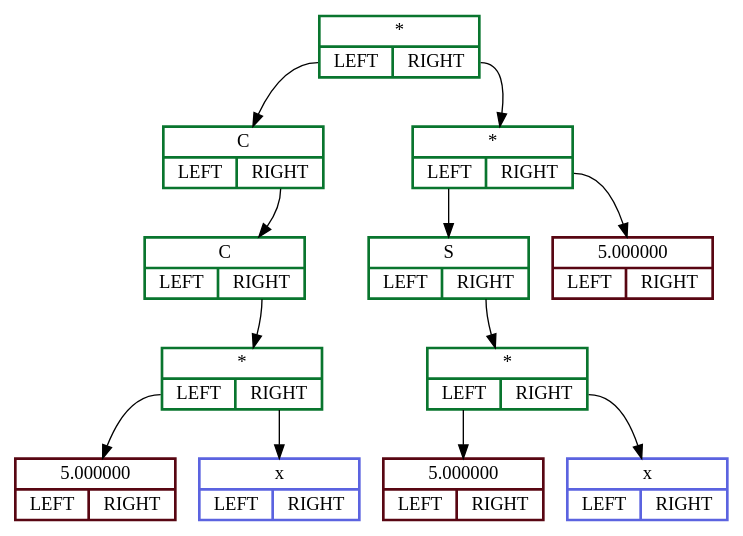
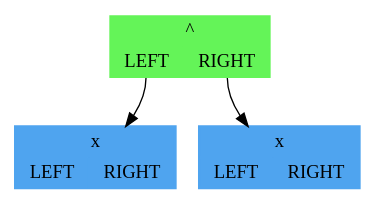
One commit to MalishTulen/DIFFIRER changed the diagram in dot_file.dot. Above: the diagram before and after it, drawn with Graphviz. The commit also changed 13 other files, not shown here.

```diff
--- a/dot_file.dot
+++ b/dot_file.dot
@@ -1,26 +1,8 @@
 digraph data{
 rankdir = TB;
-node00000210e15e6090[ shape = record,style = bold, color = "#09752e", label = " { <f2> * | { <f3> LEFT | <f4> RIGHT } } "];
-node00000210e15e60b0[ shape = record,style = bold, color = "#09752e", label = " { <f2> C | { <f3> LEFT | <f4> RIGHT } } "];
-node00000210e15e60d0[ shape = record,style = bold, color = "#09752e", label = " { <f2> C | { <f3> LEFT | <f4> RIGHT } } "];
-node00000210e15e60f0[ shape = record,style = bold, color = "#09752e", label = " { <f2> * | { <f3> LEFT | <f4> RIGHT } } "];
-node00000210e15e6110[ shape = record, style = bold, color = "#580612", label = " { <f2> 5.000000 | { <f3> LEFT | <f4> RIGHT } } "];
-node00000210e15e6130[ shape = record,style = bold, color = "#5b63e0", penwidth = 2.0, label = " { <f2> x | { <f3> LEFT | <f4> RIGHT } } "];
-node00000210e15e6150[ shape = record,style = bold, color = "#09752e", label = " { <f2> * | { <f3> LEFT | <f4> RIGHT } } "];
-node00000210e15e61d0[ shape = record,style = bold, color = "#09752e", label = " { <f2> S | { <f3> LEFT | <f4> RIGHT } } "];
-node00000210e15e61f0[ shape = record,style = bold, color = "#09752e", label = " { <f2> * | { <f3> LEFT | <f4> RIGHT } } "];
-node00000210e15e6210[ shape = record, style = bold, color = "#580612", label = " { <f2> 5.000000 | { <f3> LEFT | <f4> RIGHT } } "];
-node00000210e15e6230[ shape = record,style = bold, color = "#5b63e0", penwidth = 2.0, label = " { <f2> x | { <f3> LEFT | <f4> RIGHT } } "];
-node00000210e15e6350[ shape = record, style = bold, color = "#580612", label = " { <f2> 5.000000 | { <f3> LEFT | <f4> RIGHT } } "];
-node00000210e15e6090:<f3>->node00000210e15e60b0
-node00000210e15e60b0:<f4>->node00000210e15e60d0
-node00000210e15e60d0:<f4>->node00000210e15e60f0
-node00000210e15e60f0:<f3>->node00000210e15e6110
-node00000210e15e60f0:<f4>->node00000210e15e6130
-node00000210e15e6090:<f4>->node00000210e15e6150
-node00000210e15e6150:<f3>->node00000210e15e61d0
-node00000210e15e61d0:<f4>->node00000210e15e61f0
-node00000210e15e61f0:<f3>->node00000210e15e6210
-node00000210e15e61f0:<f4>->node00000210e15e6230
-node00000210e15e6150:<f4>->node00000210e15e6350
+node000001aa15ff00c0[ shape = record,style = filled, color = "#64f458", label = " { <f2> ^ | { <f3> LEFT | <f4> RIGHT } } "];
+node000001aa15ff0080[ shape = record,style = filled, color = "#4fa4ef", penwidth = 2.0, label = " { <f2> x | { <f3> LEFT | <f4> RIGHT } } "];
+node000001aa15ff00a0[ shape = record,style = filled, color = "#4fa4ef", penwidth = 2.0, label = " { <f2> x | { <f3> LEFT | <f4> RIGHT } } "];
+node000001aa15ff00c0:<f3>->node000001aa15ff0080
+node000001aa15ff00c0:<f4>->node000001aa15ff00a0
 }
```
